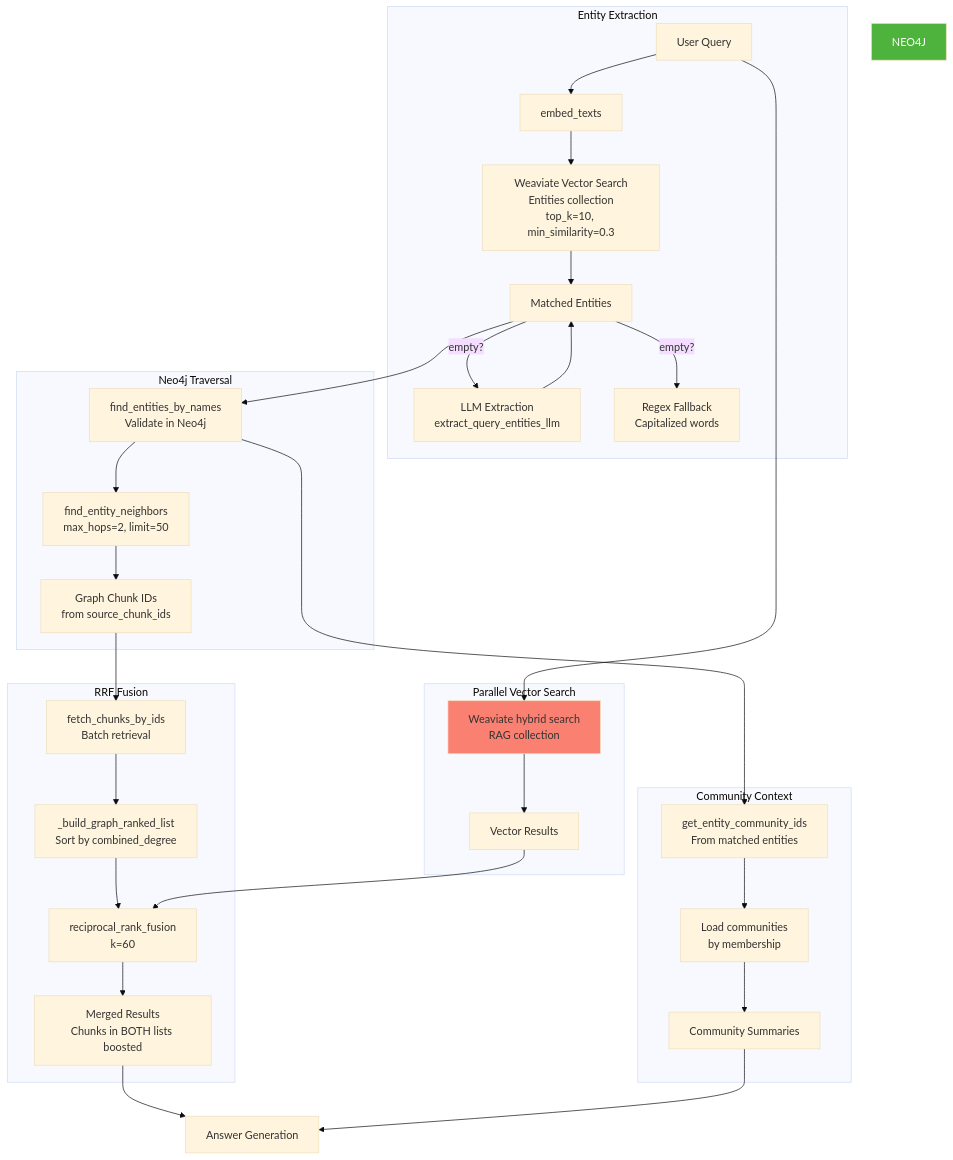
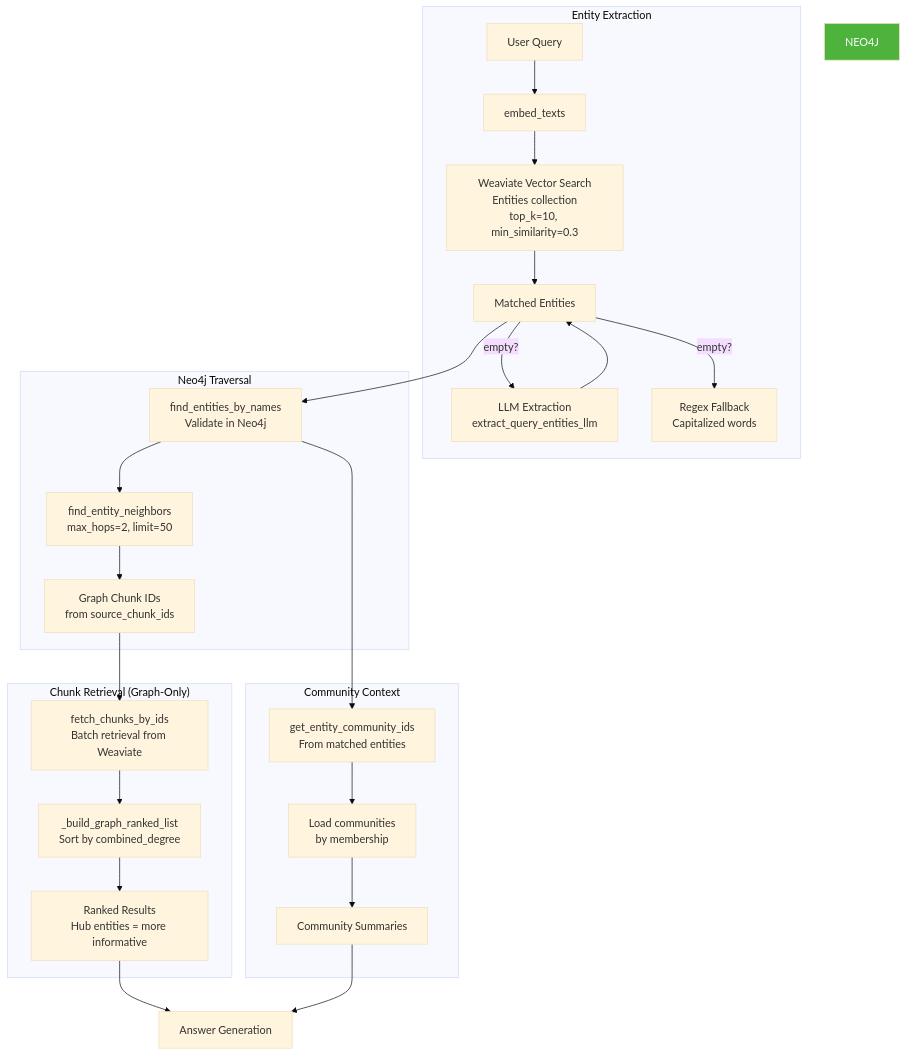
The seventh of 8 diagrams in memory-bank/graphrag/graphrag_raglab_implementation.md (crlsrmrlsz/raglab), drawn with Mermaid (base theme) before and after one commit. The commit also changed other lines of this file and 8 other files, not shown here.

First line of the commit message:
refactor(graphrag): convert to pure graph retrieval per Microsoft design

````diff
--- a/memory-bank/graphrag/graphrag_raglab_implementation.md
+++ b/memory-bank/graphrag/graphrag_raglab_implementation.md
@@ -509,44 +507,36 @@
 ```mermaid
 flowchart TB
     subgraph EntityExtraction["Entity Extraction"]
         QUERY[User Query] --> EMBED[embed_texts]
         EMBED --> SEARCH[Weaviate Vector Search<br/>Entities collection<br/>top_k=10, min_similarity=0.3]
         SEARCH --> ENTITIES[Matched Entities]
 
         ENTITIES --> |empty?| LLM_FALLBACK[LLM Extraction<br/>extract_query_entities_llm]
         LLM_FALLBACK --> ENTITIES
 
         ENTITIES --> |empty?| REGEX[Regex Fallback<br/>Capitalized words]
     end
 
     subgraph GraphTraversal["Neo4j Traversal"]
         ENTITIES --> VALIDATE[find_entities_by_names<br/>Validate in Neo4j]
         VALIDATE --> TRAVERSE[find_entity_neighbors<br/>max_hops=2, limit=50]
         TRAVERSE --> GRAPH_CHUNKS[Graph Chunk IDs<br/>from source_chunk_ids]
     end
 
-    subgraph VectorSearch["Parallel Vector Search"]
-        QUERY --> WEAVIATE[Weaviate hybrid search<br/>RAG collection]
-        WEAVIATE --> VECTOR_CHUNKS[Vector Results]
-    end
-
-    subgraph RRFMerge["RRF Fusion"]
-        GRAPH_CHUNKS --> FETCH[fetch_chunks_by_ids<br/>Batch retrieval]
+    subgraph ChunkRetrieval["Chunk Retrieval (Graph-Only)"]
+        GRAPH_CHUNKS --> FETCH[fetch_chunks_by_ids<br/>Batch retrieval from Weaviate]
         FETCH --> RANK_GRAPH[_build_graph_ranked_list<br/>Sort by combined_degree]
-        RANK_GRAPH --> RRF[reciprocal_rank_fusion<br/>k=60]
-        VECTOR_CHUNKS --> RRF
-        RRF --> MERGED[Merged Results<br/>Chunks in BOTH lists boosted]
+        RANK_GRAPH --> RESULTS[Ranked Results<br/>Hub entities = more informative]
     end
 
     subgraph CommunityContext["Community Context"]
         VALIDATE --> COMM_IDS[get_entity_community_ids<br/>From matched entities]
         COMM_IDS --> LOAD_COMM[Load communities<br/>by membership]
         LOAD_COMM --> CONTEXT[Community Summaries]
     end
 
-    MERGED --> ANSWER[Answer Generation]
+    RESULTS --> ANSWER[Answer Generation]
     CONTEXT --> ANSWER
 
-    style WEAVIATE fill:#fa8072
     style NEO4J fill:#4db33d,color:white
 ```
````
